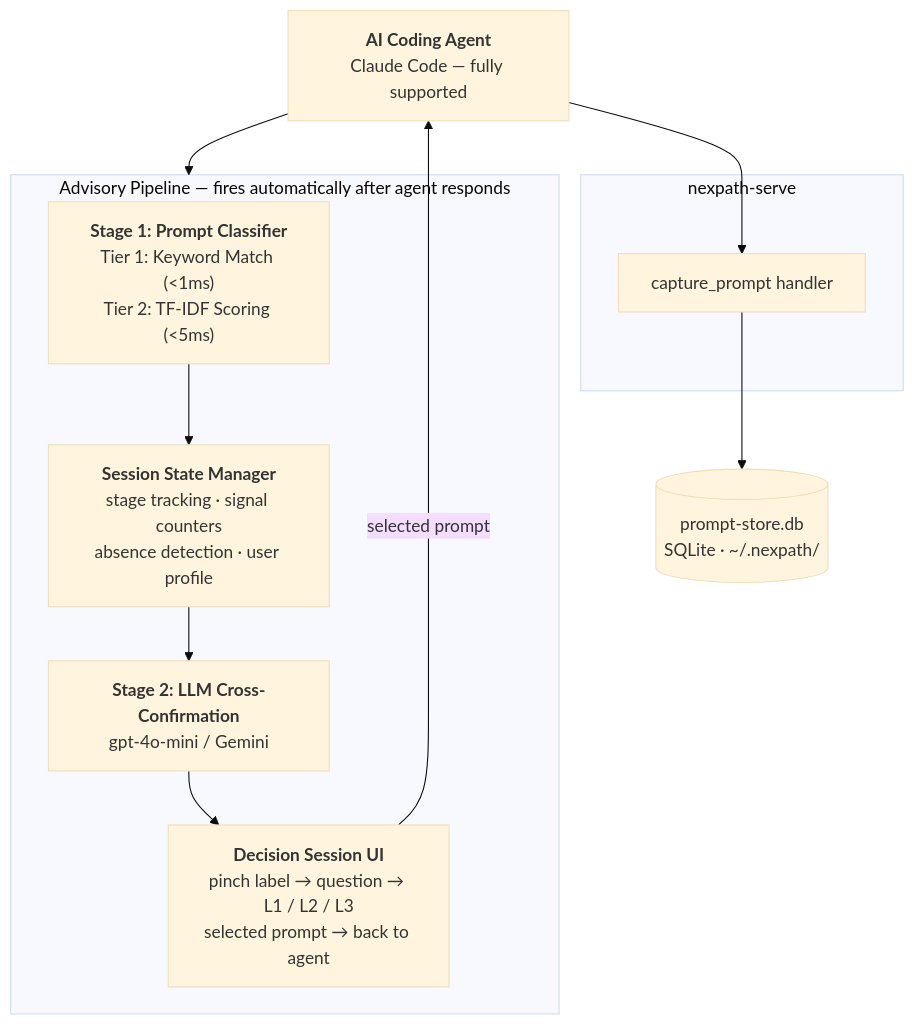
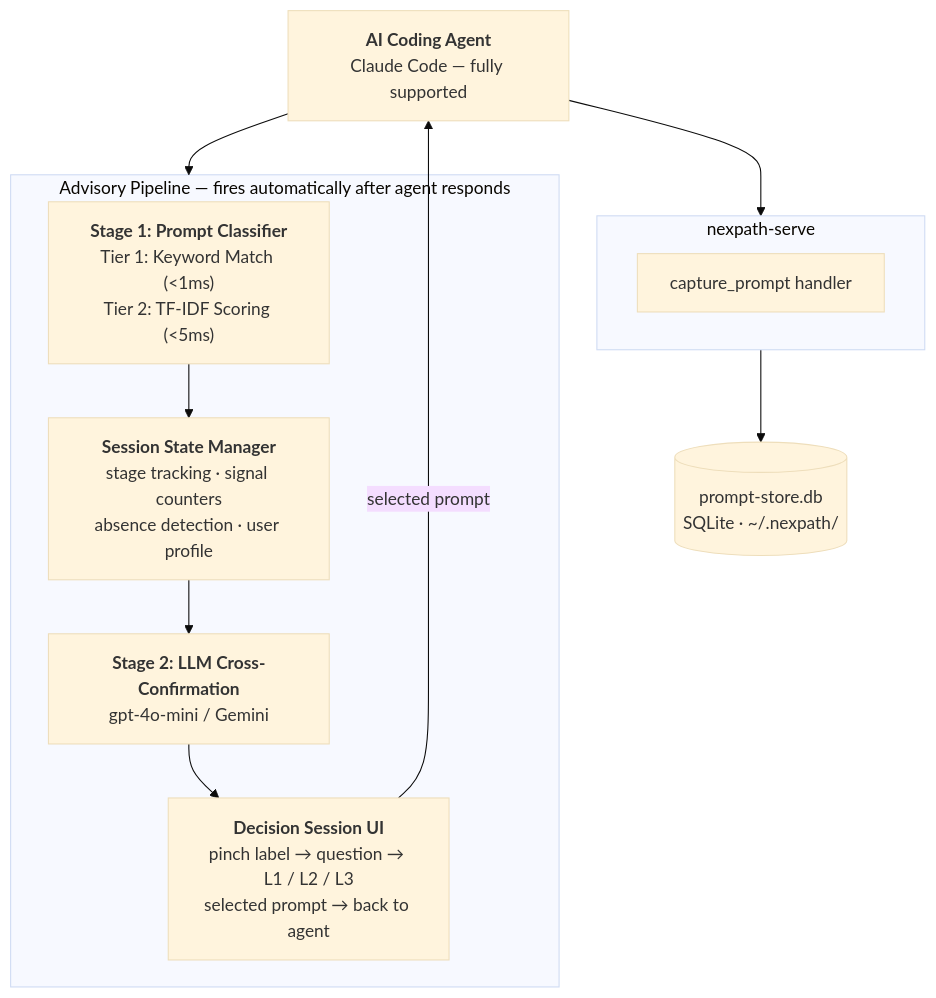
Before and after one commit to hi0001234d/nexpath: the diagram in README.md, drawn with Mermaid (base theme).

Commit message:
update readme contain

````diff
--- a/README.md
+++ b/README.md
@@ -29,23 +29,19 @@
 ```mermaid
 flowchart TB
     Agent["<b>AI Coding Agent</b><br/>Claude Code — fully supported"]
-
     subgraph NS["nexpath-serve"]
         Capture["capture_prompt handler"]
     end
-
     DB[("prompt-store.db<br/>SQLite · ~/.nexpath/")]
-
     subgraph Pipeline["Advisory Pipeline — fires automatically after agent responds"]
         S1["<b>Stage 1: Prompt Classifier</b><br/>Tier 1: Keyword Match (&lt;1ms)<br/>Tier 2: TF-IDF Scoring (&lt;5ms)"]
         SM["<b>Session State Manager</b><br/>stage tracking · signal counters<br/>absence detection · user profile"]
         S2["<b>Stage 2: LLM Cross-Confirmation</b><br/>gpt-4o-mini / Gemini"]
         DS["<b>Decision Session UI</b><br/>pinch label → question → L1 / L2 / L3<br/>selected prompt → back to agent"]
     end
-
-    Agent --> Capture
-    Capture --> DB
+    Agent --> NS
+    NS --> DB
     Agent --> Pipeline
     S1 --> SM --> S2 --> DS
     DS -->|"selected prompt"| Agent
 ```
````
